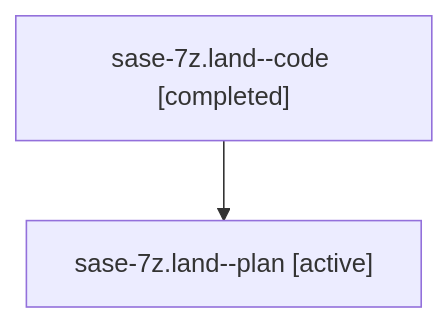
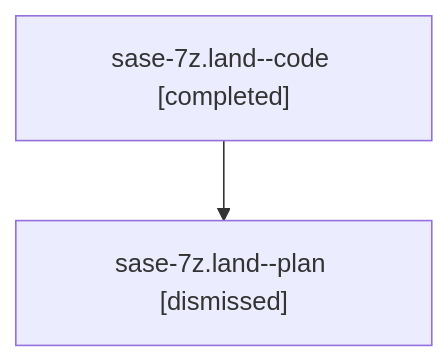
The diagram in sessions/bbugyi200.athena.sase-7z.land.md (sase-org/sase--agents), drawn with Mermaid before and after one commit. The commit also changed other lines of this file and 66 other files, not shown here.

````diff
--- a/sessions/bbugyi200.athena.sase-7z.land.md
+++ b/sessions/bbugyi200.athena.sase-7z.land.md
@@ -9,6 +9,6 @@
 ```mermaid
 flowchart TD
   n0["sase-7z.land--code [completed]"]
-  n1["sase-7z.land--plan [active]"]
+  n1["sase-7z.land--plan [dismissed]"]
   n0 --> n1
 ```
````
